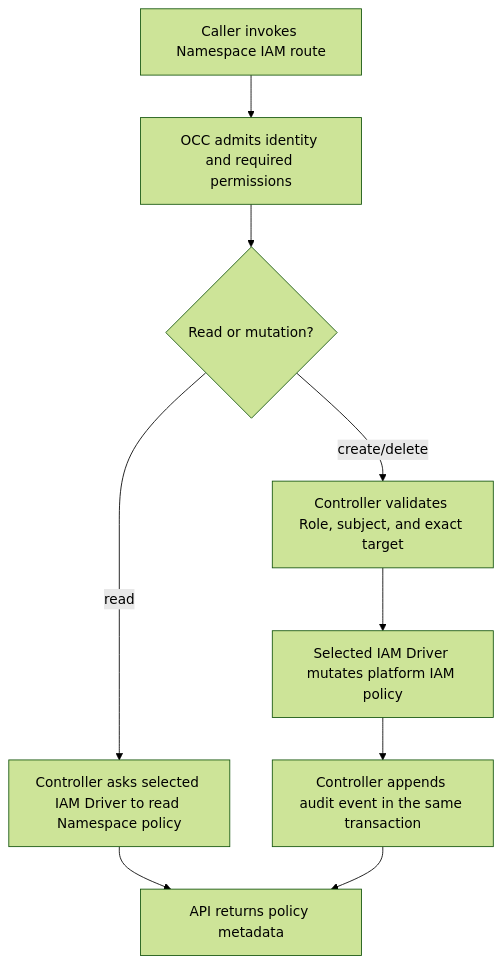
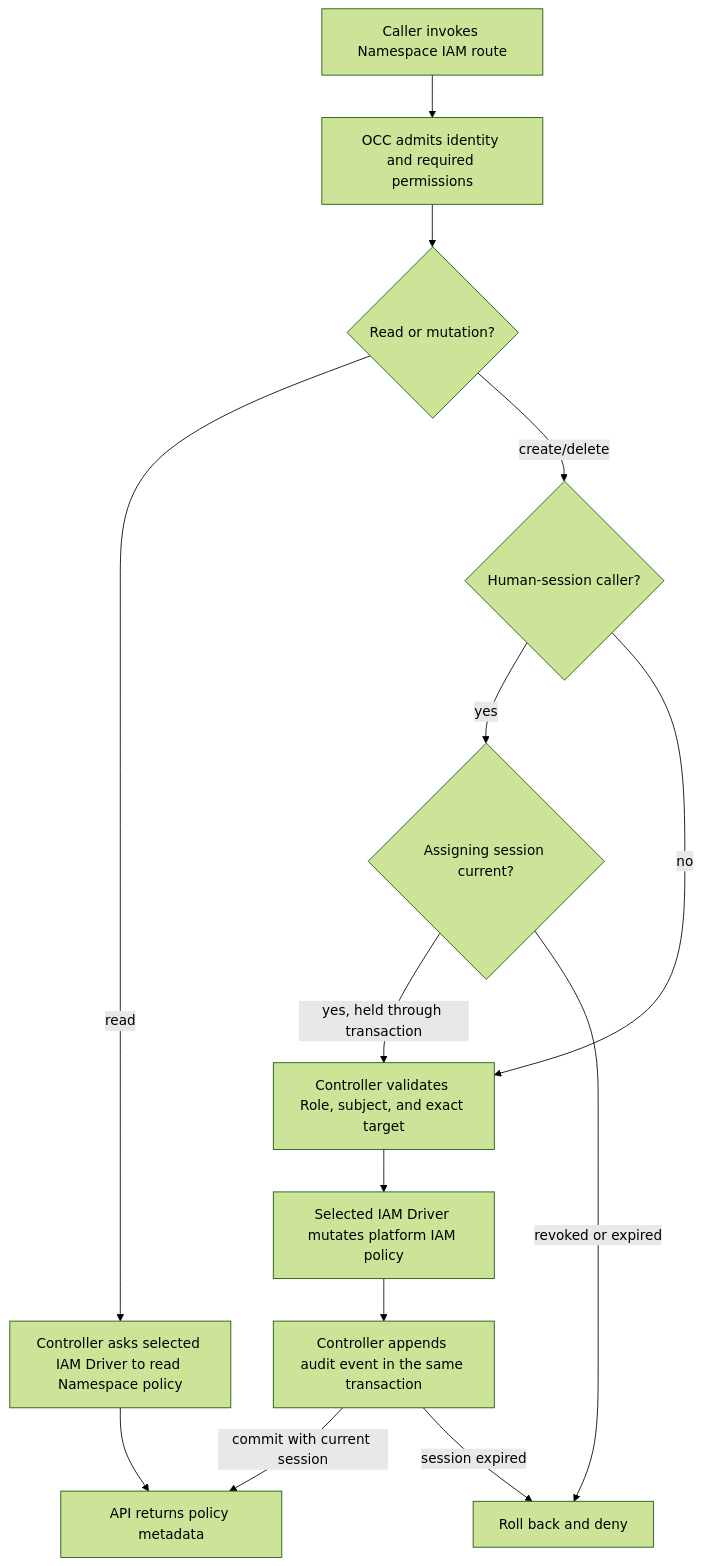
The diagram in docs/flows/namespace-iam-policy.md (openclaw/openclaw-enterprise), drawn with Mermaid (forest theme) before and after one commit. The commit also changed other lines of this file and 13 other files, not shown here.

Commit message:
fix(auth): retain assigning sessions through IAM commits

````diff
--- a/docs/flows/namespace-iam-policy.md
+++ b/docs/flows/namespace-iam-policy.md
@@ -30,11 +30,16 @@
 ```mermaid
 graph TD
   A["Caller invokes Namespace IAM route"] --> B["OCC admits identity and required permissions"]
   B --> C{"Read or mutation?"}
   C -->|read| D["Controller asks selected IAM Driver to read Namespace policy"]
-  C -->|create/delete| E["Controller validates Role, subject, and exact target"]
+  C -->|create/delete| S{"Human-session caller?"}
+  S -->|yes| L{"Assigning session current?"}
+  L -->|yes, held through transaction| E["Controller validates Role, subject, and exact target"]
+  L -->|revoked or expired| X["Roll back and deny"]
+  S -->|no| E
   E --> F["Selected IAM Driver mutates platform IAM policy"]
   F --> G["Controller appends audit event in the same transaction"]
   D --> H["API returns policy metadata"]
-  G --> H
+  G -->|commit with current session| H
+  G -->|session expired| X
 ```
````
